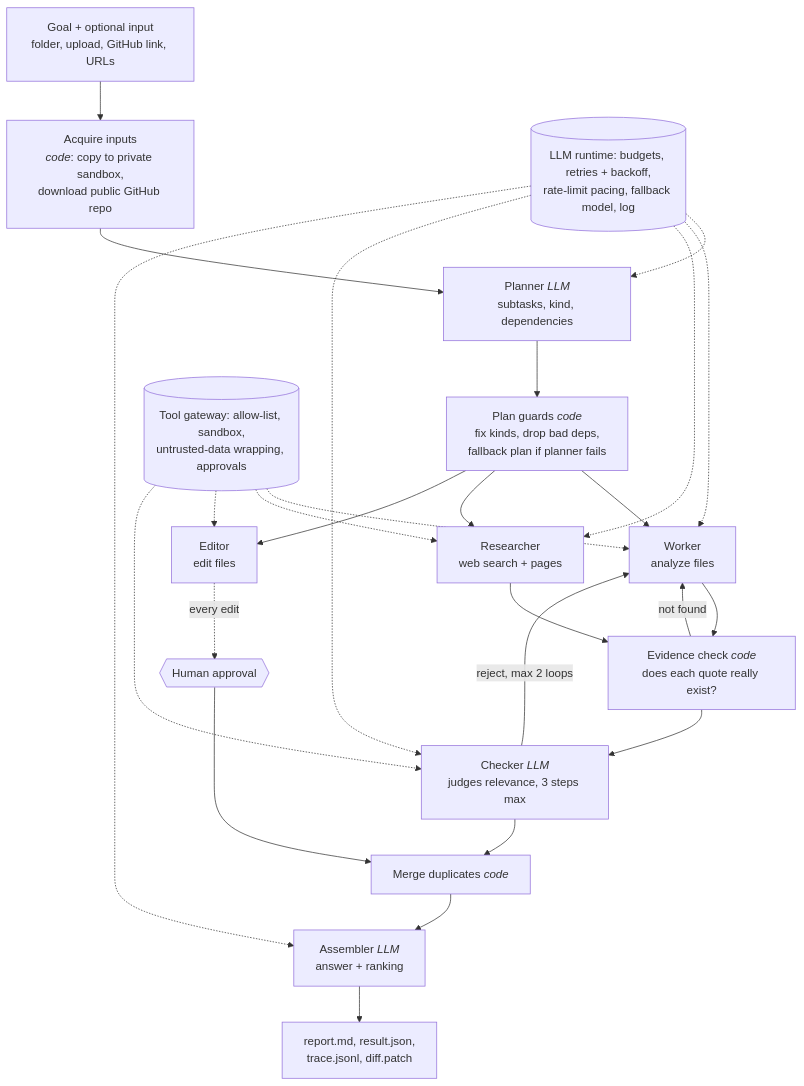
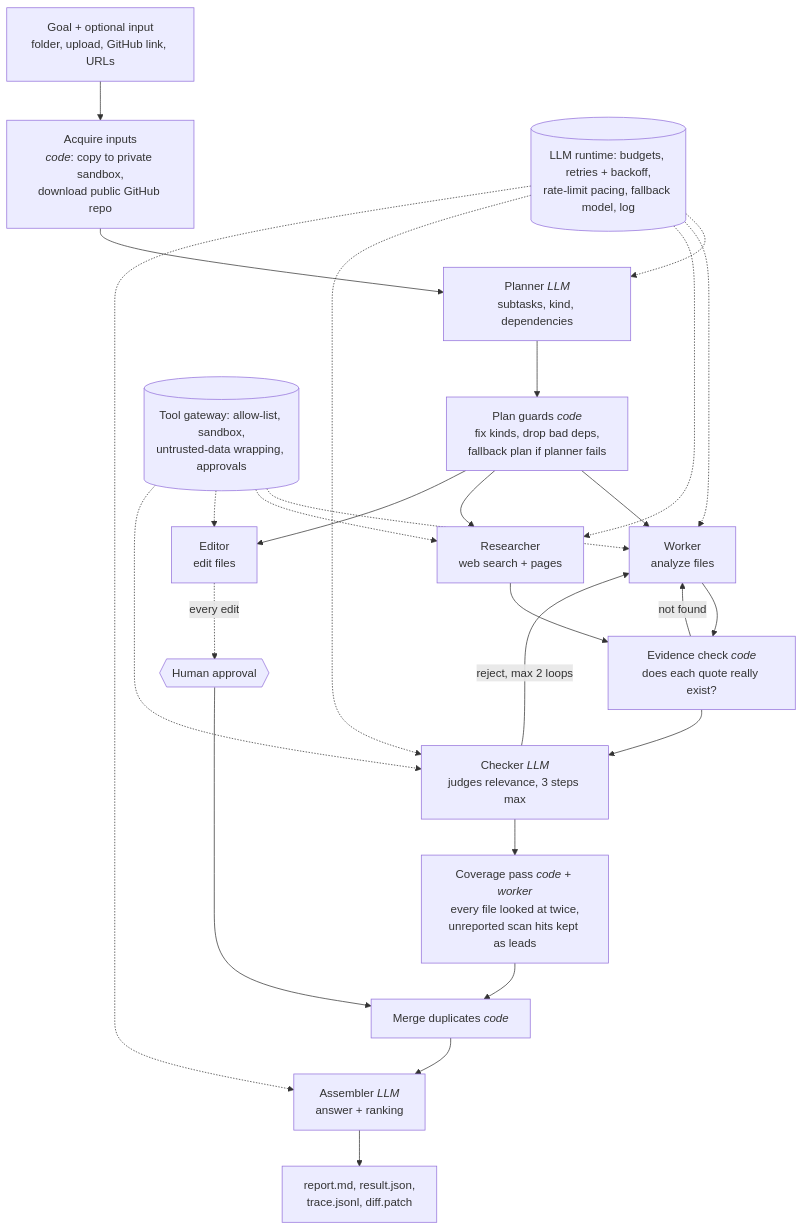
Before and after one commit to Yash600/ByteVox-Harness: the diagram in README.md, drawn with Mermaid. The commit also changed other lines of this file and 9 other files, not shown here.

Commit message:
README audit: diagram and requirement 5 include the coverage stage, limits and results brought up to date, env vars and platforms, two new curated examples (time cap, coverage live)

````diff
--- a/README.md
+++ b/README.md
@@ -12,21 +12,22 @@
 ```mermaid
 flowchart TD
     G[Goal + optional input<br/>folder, upload, GitHub link, URLs] --> ACQ[Acquire inputs<br/><i>code</i>: copy to private sandbox,<br/>download public GitHub repo]
     ACQ --> PL[Planner <i>LLM</i><br/>subtasks, kind, dependencies]
     PL --> NORM[Plan guards <i>code</i><br/>fix kinds, drop bad deps,<br/>fallback plan if planner fails]
     NORM --> W[Worker<br/>analyze files]
     NORM --> R[Researcher<br/>web search + pages]
     NORM --> E[Editor<br/>edit files]
     E -. every edit .-> H{{Human approval}}
     W --> V
     R --> V[Evidence check <i>code</i><br/>does each quote really exist?]
     V -- not found --> W
     V --> C[Checker <i>LLM</i><br/>judges relevance, 3 steps max]
     C -- reject, max 2 loops --> W
-    C --> M[Merge duplicates <i>code</i>]
+    C --> COV[Coverage pass <i>code + worker</i><br/>every file looked at twice,<br/>unreported scan hits kept as leads]
+    COV --> M[Merge duplicates <i>code</i>]
     H --> M
     M --> A[Assembler <i>LLM</i><br/>answer + ranking]
     A --> OUT[report.md, result.json,<br/>trace.jsonl, diff.patch]
     GW[(Tool gateway: allow-list, sandbox,<br/>untrusted-data wrapping, approvals)] -.-> W & R & E & C
     RT[(LLM runtime: budgets, retries + backoff,<br/>rate-limit pacing, fallback model, log)] -.-> PL & W & R & C & A
 ```
````
